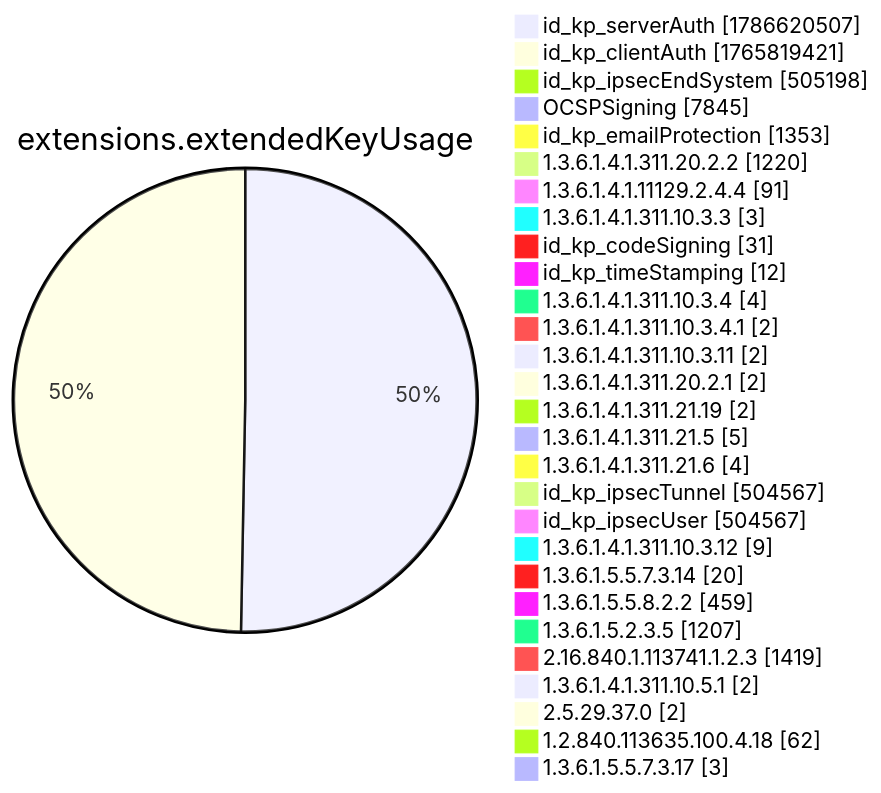
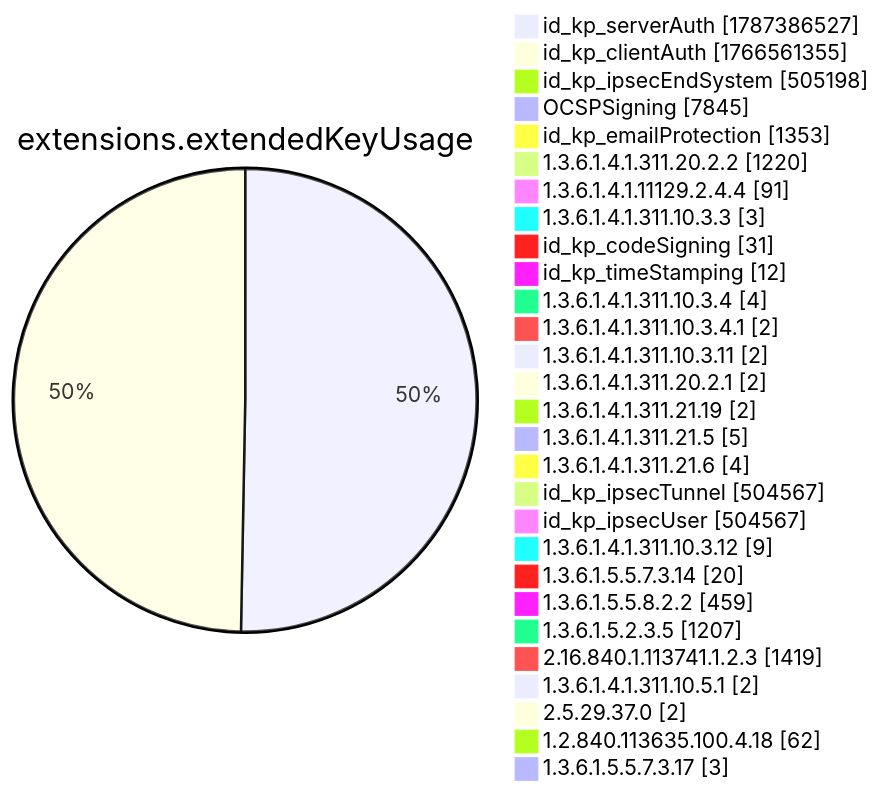
One commit to christiankrug/ctmonitor_visualization changed diagram 12 of 15 in xenon2022/README.md. Above: the diagram before and after it, drawn with Mermaid. The commit also changed other lines of this file, not shown here.

````diff
--- a/xenon2022/README.md
+++ b/xenon2022/README.md
@@ -3894,32 +3894,32 @@
 ```mermaid
 pie showData
 title extensions.extendedKeyUsage
-"id_kp_serverAuth" :1786620507
-"id_kp_clientAuth" :1765819421
+"id_kp_serverAuth" :1787386527
+"id_kp_clientAuth" :1766561355
 "id_kp_ipsecEndSystem" :505198
 "OCSPSigning" :7845
 "id_kp_emailProtection" :1353
 "1.3.6.1.4.1.311.20.2.2" :1220
 "1.3.6.1.4.1.11129.2.4.4" :91
 "1.3.6.1.4.1.311.10.3.3" :3
 "id_kp_codeSigning" :31
 "id_kp_timeStamping" :12
 "1.3.6.1.4.1.311.10.3.4" :4
 "1.3.6.1.4.1.311.10.3.4.1" :2
 "1.3.6.1.4.1.311.10.3.11" :2
 "1.3.6.1.4.1.311.20.2.1" :2
 "1.3.6.1.4.1.311.21.19" :2
 "1.3.6.1.4.1.311.21.5" :5
 "1.3.6.1.4.1.311.21.6" :4
 "id_kp_ipsecTunnel" :504567
 "id_kp_ipsecUser" :504567
 "1.3.6.1.4.1.311.10.3.12" :9
 "1.3.6.1.5.5.7.3.14" :20
 "1.3.6.1.5.5.8.2.2" :459
 "1.3.6.1.5.2.3.5" :1207
 "2.16.840.1.113741.1.2.3" :1419
 "1.3.6.1.4.1.311.10.5.1" :2
 "2.5.29.37.0" :2
 "1.2.840.113635.100.4.18" :62
 "1.3.6.1.5.5.7.3.17" :3
 ```
````
